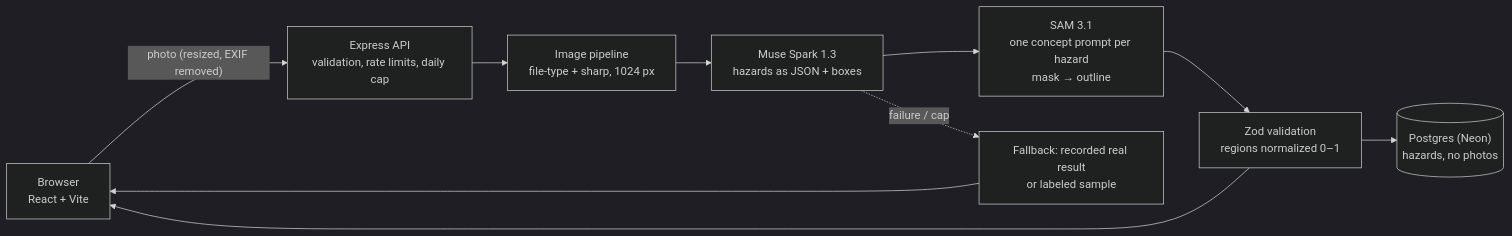
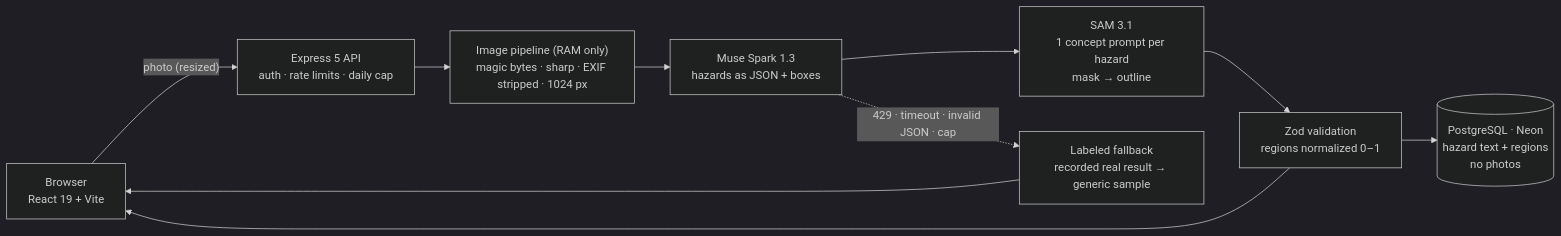
One commit to KarlaPocasangre/aegis-home changed the diagram in README.md. Above: the diagram before and after it, drawn with Mermaid (dark theme). The commit also changed other lines of this file, not shown here.

````diff
--- a/README.md
+++ b/README.md
@@ -23,12 +96,12 @@
 ```mermaid
 flowchart LR
-    U["Browser<br/>React + Vite"] -- "photo (resized, EXIF removed)" --> A["Express API<br/>validation, rate limits, daily cap"]
-    A --> P["Image pipeline<br/>file-type + sharp, 1024 px"]
+    U["Browser<br/>React 19 + Vite"] -- "photo (resized)" --> A["Express 5 API<br/>auth · rate limits · daily cap"]
+    A --> P["Image pipeline (RAM only)<br/>magic bytes · sharp · EXIF stripped · 1024 px"]
     P --> S["Muse Spark 1.3<br/>hazards as JSON + boxes"]
-    S --> M["SAM 3.1<br/>one concept prompt per hazard<br/>mask → outline"]
+    S --> M["SAM 3.1<br/>1 concept prompt per hazard<br/>mask → outline"]
     M --> V["Zod validation<br/>regions normalized 0–1"]
-    V --> D[("Postgres (Neon)<br/>hazards, no photos")]
+    V --> D[("PostgreSQL · Neon<br/>hazard text + regions<br/>no photos")]
     V --> U
-    S -. "failure / cap" .-> F["Fallback: recorded real result<br/>or labeled sample"]
+    S -. "429 · timeout · invalid JSON · cap" .-> F["Labeled fallback<br/>recorded real result → generic sample"]
     F --> U
 ```
````
